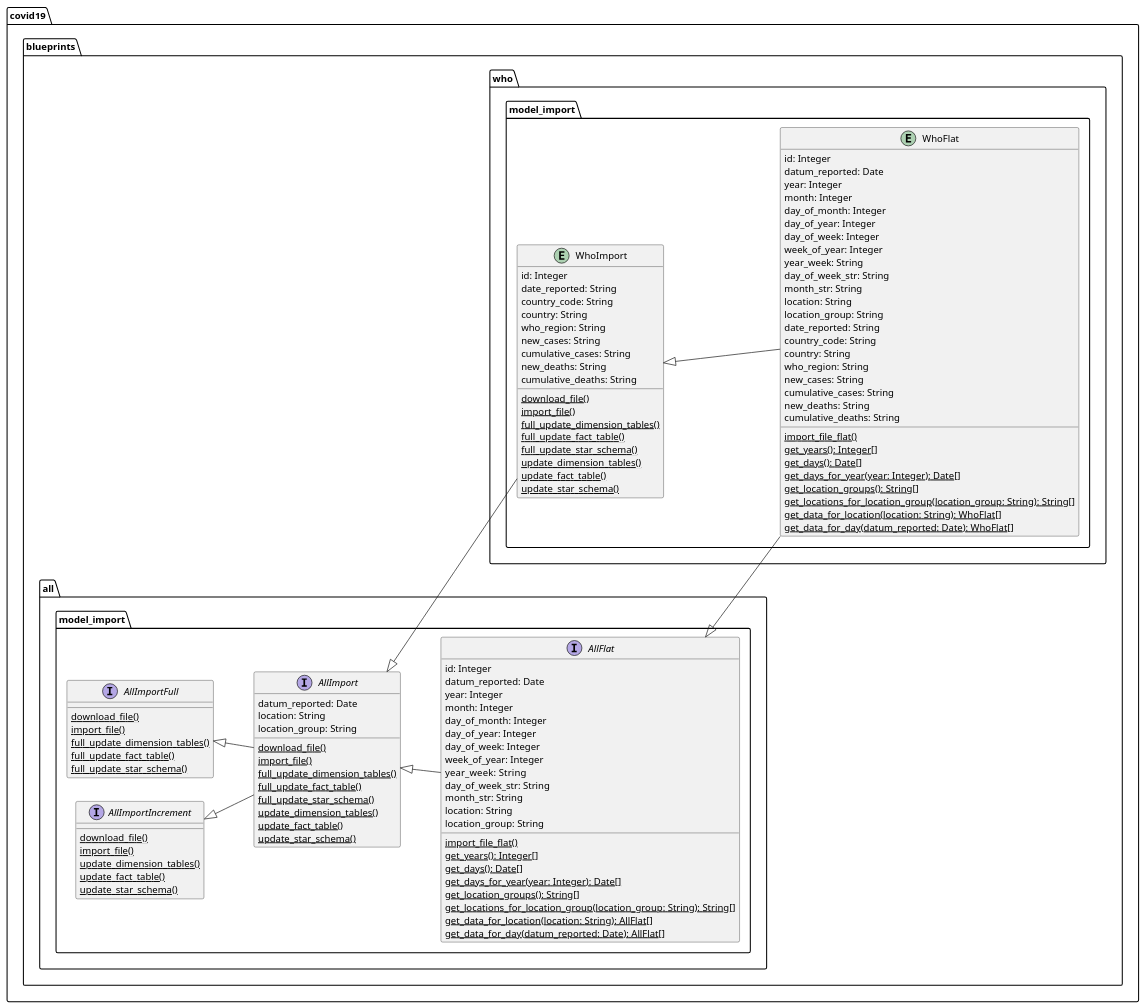
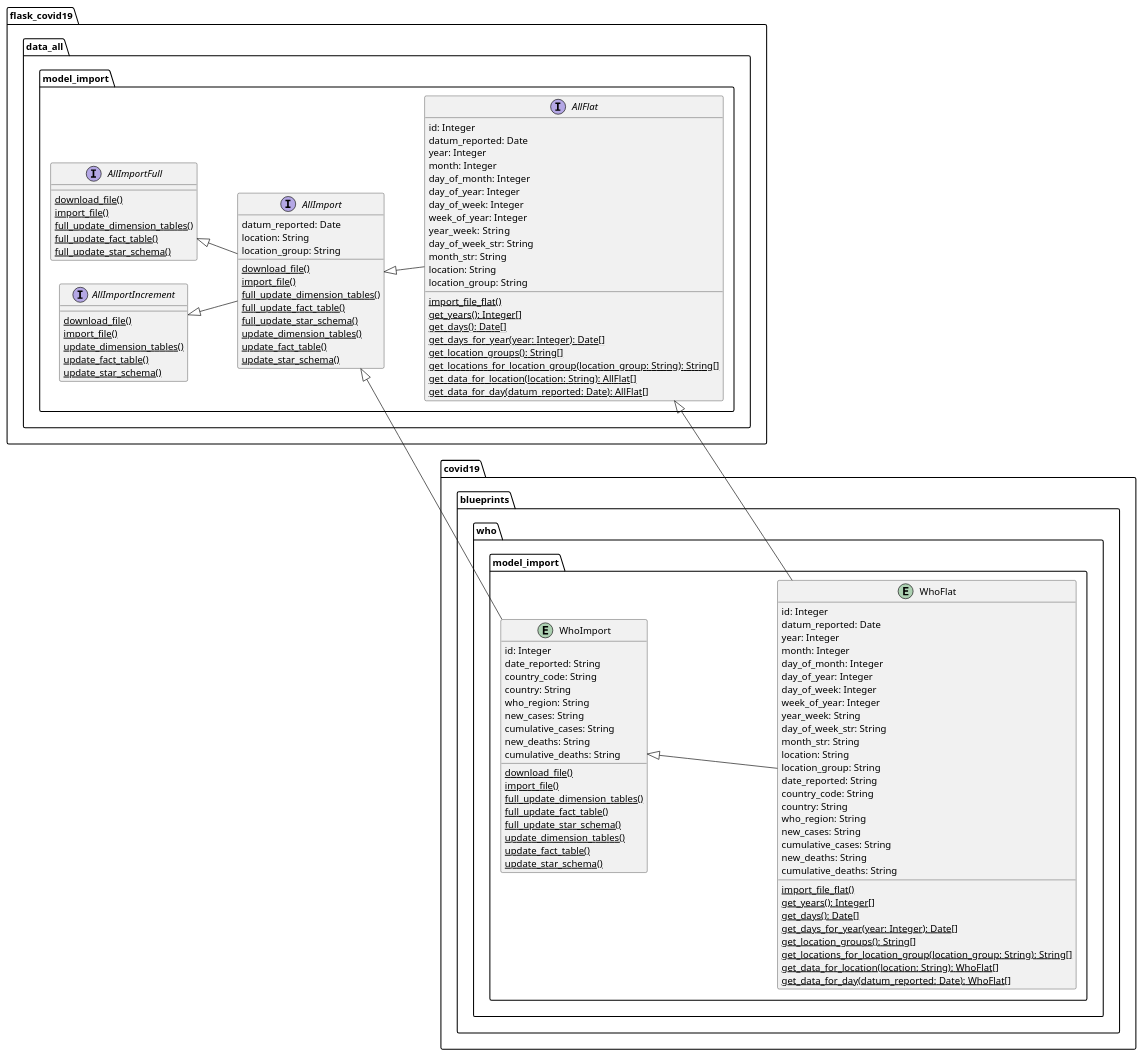
One commit to thomaswoehlke/flask_covid19 changed the diagram in docs/blueprints/data_who/uml/who_domain_model_import.puml. Above: the diagram before and after it, drawn with PlantUML. The commit also changed 3 other files, not shown here.

```diff
--- a/docs/blueprints/data_who/uml/who_domain_model_import.puml
+++ b/docs/blueprints/data_who/uml/who_domain_model_import.puml
@@ -1,126 +1,126 @@
 @startuml
 left to right direction
 
-package covid19.blueprints.all.model_import {
+package flask_covid19.data_all.model_import {
 
 	interface AllImportFull {
 		{classifier} download_file()
 		{classifier} import_file()
 		{classifier} full_update_dimension_tables()
 		{classifier} full_update_fact_table()
 		{classifier} full_update_star_schema()
 	}
 
 	interface AllImportIncrement {
 		{classifier} download_file()
 		{classifier} import_file()
 		{classifier} update_dimension_tables()
 		{classifier} update_fact_table()
 		{classifier} update_star_schema()
 	}
 
 	interface AllImport {
 	    datum_reported: Date
 		location: String
 		location_group: String
 		{classifier} download_file()
 		{classifier} import_file()
 		{classifier} full_update_dimension_tables()
 		{classifier} full_update_fact_table()
 		{classifier} full_update_star_schema()
 		{classifier} update_dimension_tables()
 		{classifier} update_fact_table()
 		{classifier} update_star_schema()
 	}
 
 	interface AllFlat {
 	    id: Integer
 	    datum_reported: Date
 	    year: Integer
 	    month: Integer
 	    day_of_month: Integer
 		day_of_year: Integer
 	    day_of_week: Integer
 	    week_of_year: Integer
 	    year_week:  String
 	    day_of_week_str: String
 		month_str: String
 		location: String
 		location_group: String
 		{classifier} import_file_flat()
 		{classifier} get_years(): Integer[]
 		{classifier} get_days(): Date[]
 		{classifier} get_days_for_year(year: Integer): Date[]
 		{classifier} get_location_groups(): String[]
 		{classifier} get_locations_for_location_group(location_group: String): String[]
 		{classifier} get_data_for_location(location: String): AllFlat[]
 		{classifier} get_data_for_day(datum_reported: Date): AllFlat[]
 	}
 }
 
 package covid19.blueprints.who.model_import {
 
 	entity WhoImport {
 	    id: Integer
 	    date_reported: String
 	    country_code: String
 	    country: String
 	    who_region: String
 	    new_cases: String
 	    cumulative_cases: String
 	    new_deaths: String
 	    cumulative_deaths: String
 		{classifier} download_file()
 		{classifier} import_file()
 		{classifier} full_update_dimension_tables()
 		{classifier} full_update_fact_table()
 		{classifier} full_update_star_schema()
 		{classifier} update_dimension_tables()
 		{classifier} update_fact_table()
 		{classifier} update_star_schema()
 	}
 
 	entity WhoFlat {
 	    id: Integer
 	    datum_reported: Date
 	    year: Integer
 	    month: Integer
 	    day_of_month: Integer
 		day_of_year: Integer
 	    day_of_week: Integer
 	    week_of_year: Integer
 	    year_week: String
 	    day_of_week_str: String
 		month_str: String
 		location: String
 		location_group: String
 	    date_reported: String
 	    country_code: String
 	    country: String
 	    who_region: String
 	    new_cases: String
 	    cumulative_cases: String
 	    new_deaths: String
 	    cumulative_deaths: String
 		{classifier} import_file_flat()
 		{classifier} get_years(): Integer[]
 		{classifier} get_days(): Date[]
 		{classifier} get_days_for_year(year: Integer): Date[]
 		{classifier} get_location_groups(): String[]
 		{classifier} get_locations_for_location_group(location_group: String): String[]
 		{classifier} get_data_for_location(location: String): WhoFlat[]
 		{classifier} get_data_for_day(datum_reported: Date): WhoFlat[]
 	}
 
 }
 
 AllImportFull <|-- AllImport
 AllImportIncrement <|-- AllImport
 AllImport <|-- AllFlat
 
 AllImport <|-- WhoImport
 AllFlat <|-- WhoFlat
 
 WhoImport <|-- WhoFlat
 
 @enduml
```
